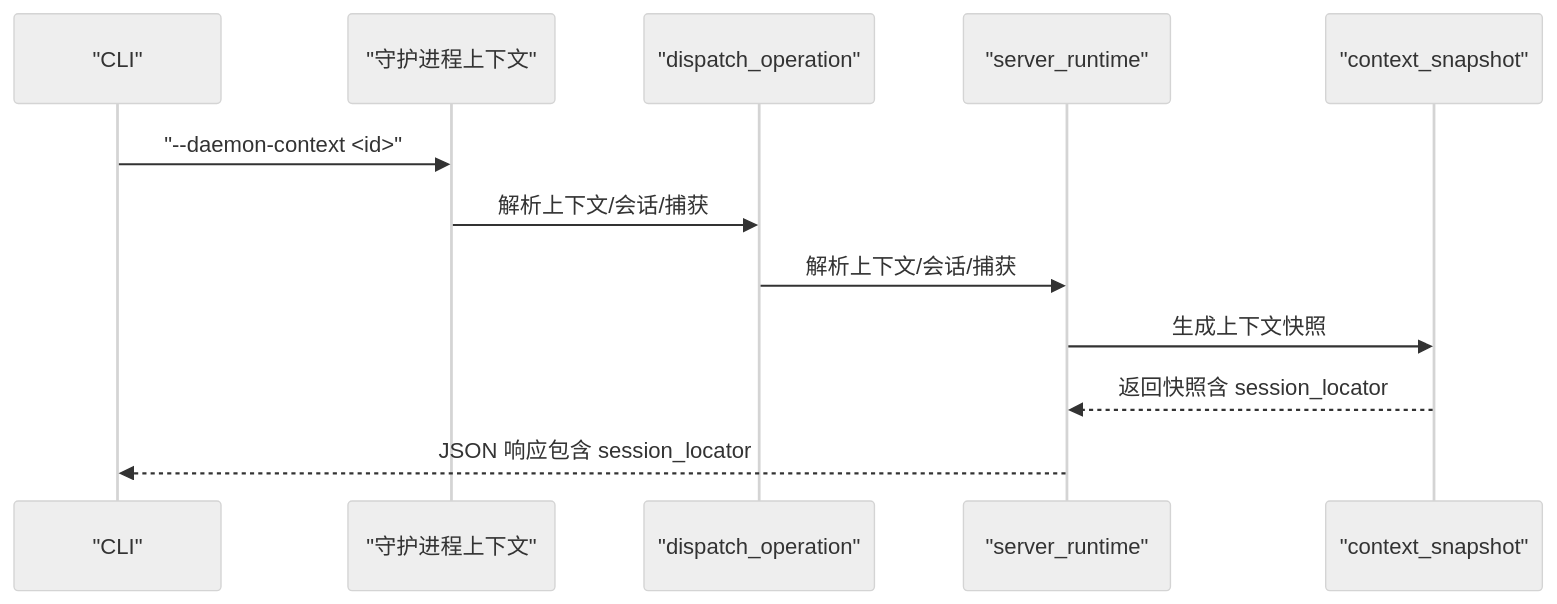
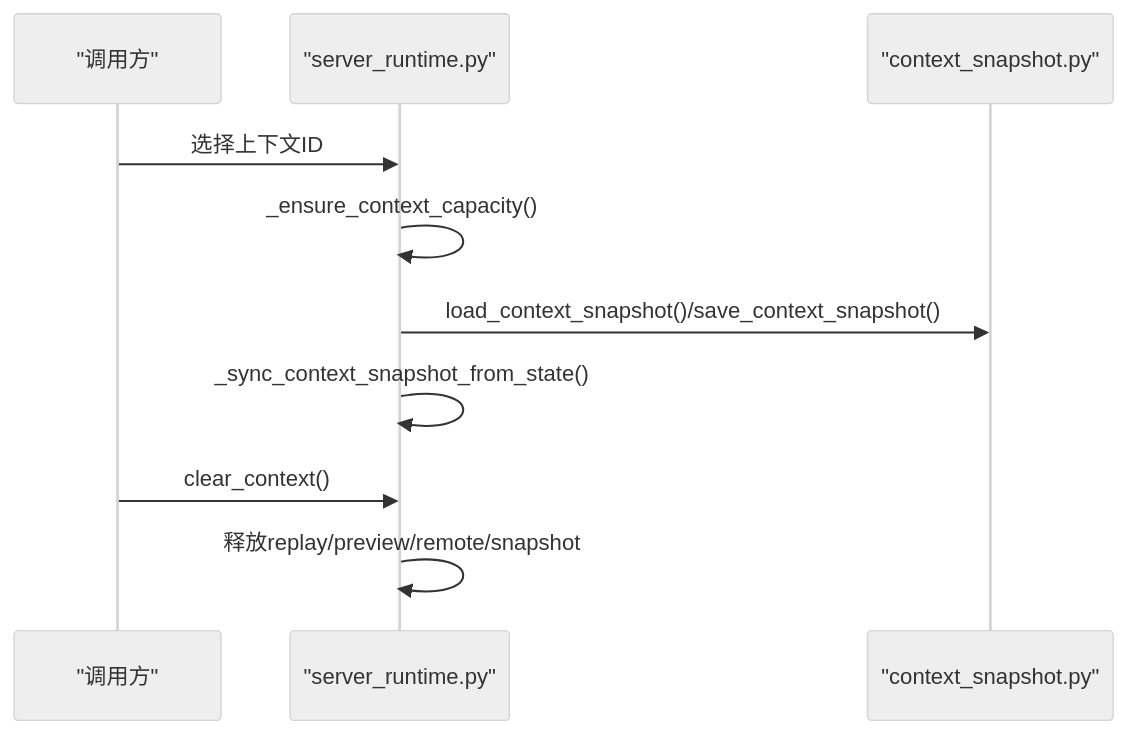
Before and after one commit to haolange/RDC-Tool: the fifth of 9 diagrams in .qoder/repowiki/zh/content/核心概念/会话模型.md, drawn with Mermaid (neutral theme). The commit also changed other lines of this file and 234 other files, not shown here.

````diff
--- a/.qoder/repowiki/zh/content/核心概念/会话模型.md
+++ b/.qoder/repowiki/zh/content/核心概念/会话模型.md
@@ -208,14 +211,12 @@
 ```mermaid
 sequenceDiagram
-participant CLI as "CLI"
-participant DC as "守护进程上下文"
-participant OP as "dispatch_operation"
-participant RT as "server_runtime"
-participant SNAP as "context_snapshot"
-CLI->>DC : "--daemon-context <id>"
-DC->>OP : 解析上下文/会话/捕获
-OP->>RT : 解析上下文/会话/捕获
-RT->>SNAP : 生成上下文快照
-SNAP-->>RT : 返回快照含 session_locator
-RT-->>CLI : JSON 响应包含 session_locator
+participant C as "调用方"
+participant SR as "server_runtime.py"
+participant CS as "context_snapshot.py"
+C->>SR : 选择上下文ID
+SR->>SR : _ensure_context_capacity()
+SR->>CS : load_context_snapshot()/save_context_snapshot()
+SR->>SR : _sync_context_snapshot_from_state()
+C->>SR : clear_context()
+SR->>SR : 释放replay/preview/remote/snapshot
 ```
````
